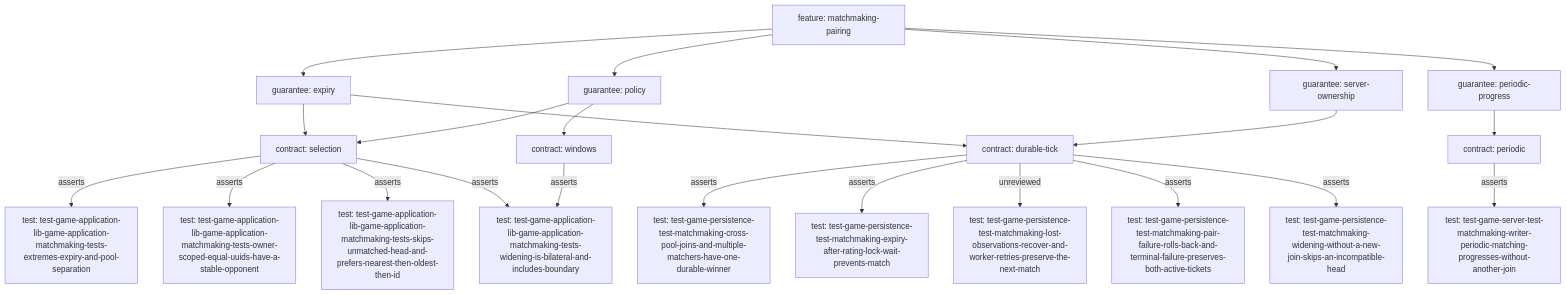
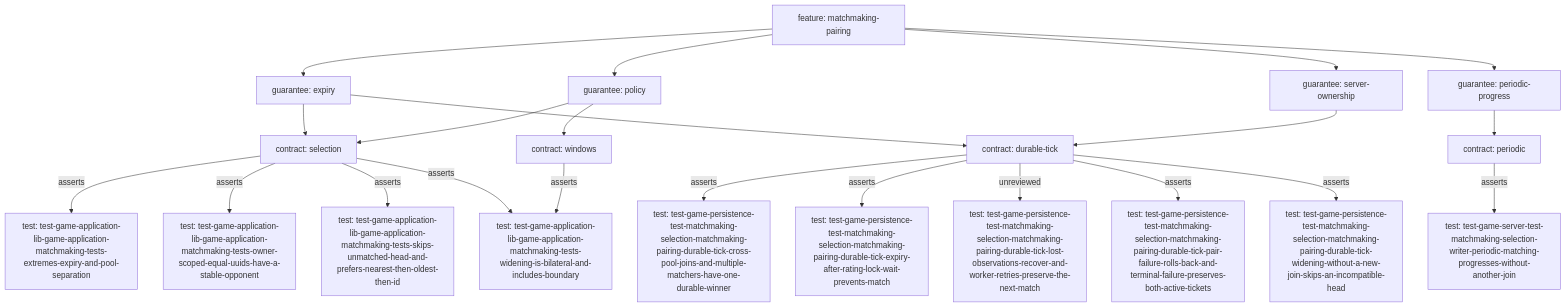
The diagram in docs/reference/traceability/matchmaking-pairing.md (take44444/shogi-backend), drawn with Mermaid before and after one commit. The commit also changed other lines of this file and 364 other files, not shown here.

````diff
--- a/docs/reference/traceability/matchmaking-pairing.md
+++ b/docs/reference/traceability/matchmaking-pairing.md
@@ -33,43 +33,43 @@
 ```mermaid
 flowchart TD
     n0["feature: matchmaking-pairing"]
     n1["guarantee: expiry"]
     n2["guarantee: periodic-progress"]
     n3["guarantee: policy"]
     n4["guarantee: server-ownership"]
     n5["contract: durable-tick"]
     n6["contract: periodic"]
     n7["contract: selection"]
     n8["contract: windows"]
     n9["test: test-game-application-lib-game-application-matchmaking-tests-extremes-expiry-and-pool-separation"]
     n10["test: test-game-application-lib-game-application-matchmaking-tests-owner-scoped-equal-uuids-have-a-stable-opponent"]
     n11["test: test-game-application-lib-game-application-matchmaking-tests-skips-unmatched-head-and-prefers-nearest-then-oldest-then-id"]
     n12["test: test-game-application-lib-game-application-matchmaking-tests-widening-is-bilateral-and-includes-boundary"]
-    n13["test: test-game-persistence-test-matchmaking-cross-pool-joins-and-multiple-matchers-have-one-durable-winner"]
-    n14["test: test-game-persistence-test-matchmaking-expiry-after-rating-lock-wait-prevents-match"]
-    n15["test: test-game-persistence-test-matchmaking-lost-observations-recover-and-worker-retries-preserve-the-next-match"]
-    n16["test: test-game-persistence-test-matchmaking-pair-failure-rolls-back-and-terminal-failure-preserves-both-active-tickets"]
-    n17["test: test-game-persistence-test-matchmaking-widening-without-a-new-join-skips-an-incompatible-head"]
-    n18["test: test-game-server-test-matchmaking-writer-periodic-matching-progresses-without-another-join"]
+    n13["test: test-game-persistence-test-matchmaking-selection-matchmaking-pairing-durable-tick-cross-pool-joins-and-multiple-matchers-have-one-durable-winner"]
+    n14["test: test-game-persistence-test-matchmaking-selection-matchmaking-pairing-durable-tick-expiry-after-rating-lock-wait-prevents-match"]
+    n15["test: test-game-persistence-test-matchmaking-selection-matchmaking-pairing-durable-tick-lost-observations-recover-and-worker-retries-preserve-the-next-match"]
+    n16["test: test-game-persistence-test-matchmaking-selection-matchmaking-pairing-durable-tick-pair-failure-rolls-back-and-terminal-failure-preserves-both-active-tickets"]
+    n17["test: test-game-persistence-test-matchmaking-selection-matchmaking-pairing-durable-tick-widening-without-a-new-join-skips-an-incompatible-head"]
+    n18["test: test-game-server-test-matchmaking-selection-writer-periodic-matching-progresses-without-another-join"]
     n0 --> n1
     n1 --> n7
     n1 --> n5
     n0 --> n2
     n2 --> n6
     n0 --> n3
     n3 --> n8
     n3 --> n7
     n0 --> n4
     n4 --> n5
     n5 -->|asserts| n13
     n5 -->|asserts| n14
     n5 -->|unreviewed| n15
     n5 -->|asserts| n16
     n5 -->|asserts| n17
     n6 -->|asserts| n18
     n7 -->|asserts| n9
     n7 -->|asserts| n10
     n7 -->|asserts| n11
     n7 -->|asserts| n12
     n8 -->|asserts| n12
 ```
````
